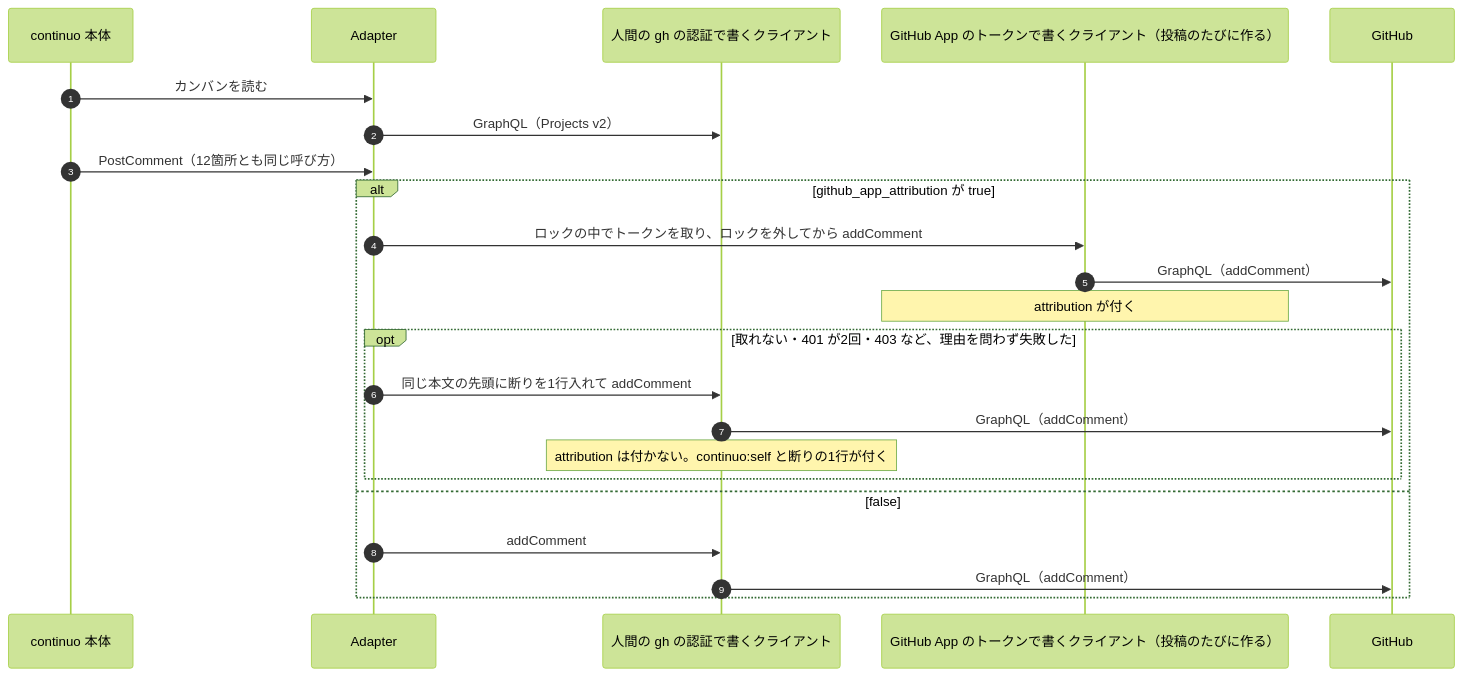
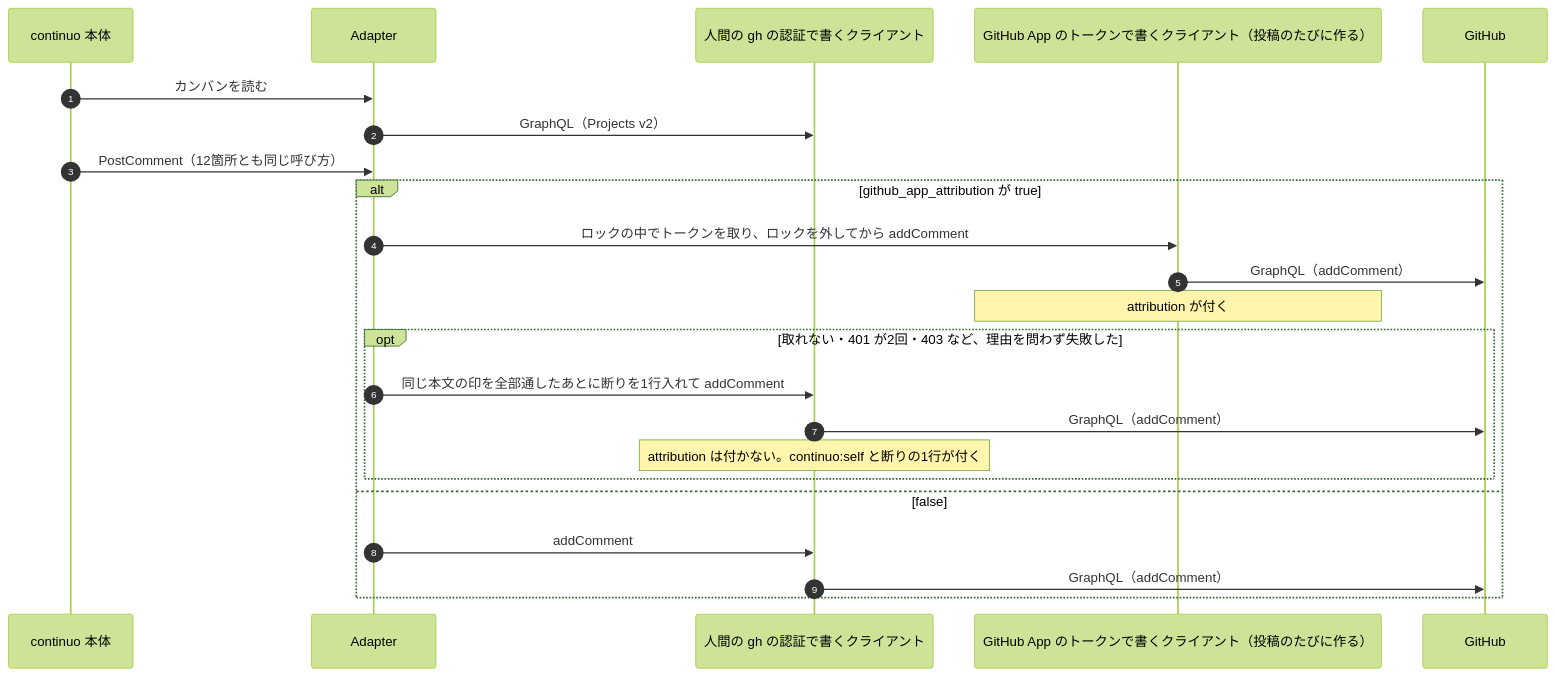
Before and after one commit to maimuzo/continuo: diagram 11 of 13 in docs/plans/impl/issue245_github_app_attribution.md, drawn with Mermaid (forest theme). The commit also changed other lines of this file, not shown here.

````diff
--- a/docs/plans/impl/issue245_github_app_attribution.md
+++ b/docs/plans/impl/issue245_github_app_attribution.md
@@ -1234,25 +1237,25 @@
 ```mermaid
 sequenceDiagram
     autonumber
     participant O as continuo 本体
     participant A as Adapter
     participant T1 as 人間の gh の認証で書くクライアント
     participant T2 as GitHub App のトークンで書くクライアント（投稿のたびに作る）
     participant GH as GitHub
     O->>A: カンバンを読む
     A->>T1: GraphQL（Projects v2）
     O->>A: PostComment（12箇所とも同じ呼び方）
     alt github_app_attribution が true
         A->>T2: ロックの中でトークンを取り、ロックを外してから addComment
         T2->>GH: GraphQL（addComment）
         Note over T2: attribution が付く
         opt 取れない・401 が2回・403 など、理由を問わず失敗した
-            A->>T1: 同じ本文の先頭に断りを1行入れて addComment
+            A->>T1: 同じ本文の印を全部通したあとに断りを1行入れて addComment
             T1->>GH: GraphQL（addComment）
             Note over T1: attribution は付かない。continuo:self と断りの1行が付く
         end
     else false
         A->>T1: addComment
         T1->>GH: GraphQL（addComment）
     end
 ```
````
